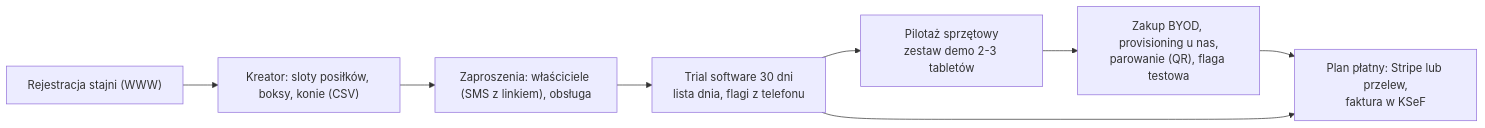
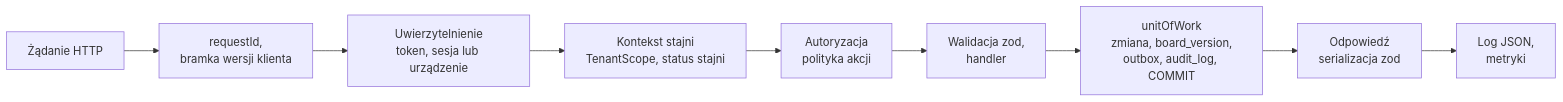
Before and after one commit to ClewlerStudent/KonskaAppka: the third of 12 diagrams in docs/analiza.md, drawn with Mermaid. The commit also changed other lines of this file, not shown here.

````diff
--- a/docs/analiza.md
+++ b/docs/analiza.md
@@ -531,10 +430,11 @@
 ```mermaid
 flowchart LR
-    A["Rejestracja stajni (WWW)"] --> B["Kreator: sloty posiłków, boksy, konie (CSV)"]
-    B --> C["Zaproszenia: właściciele (SMS z linkiem), obsługa"]
-    C --> D["Trial software 30 dni<br/>lista dnia, flagi z telefonu"]
-    D --> E["Pilotaż sprzętowy<br/>zestaw demo 2-3 tabletów"]
-    E --> F["Zakup BYOD, provisioning u nas,<br/>parowanie (QR), flaga testowa"]
-    F --> G["Plan płatny: Stripe lub przelew,<br/>faktura w KSeF"]
-    D --> G
+    A["Żądanie HTTP"] --> B["requestId,<br/>bramka wersji klienta"]
+    B --> C["Uwierzytelnienie<br/>token, sesja lub urządzenie"]
+    C --> D["Kontekst stajni<br/>TenantScope, status stajni"]
+    D --> E["Autoryzacja<br/>polityka akcji"]
+    E --> F["Walidacja zod,<br/>handler"]
+    F --> G["unitOfWork<br/>zmiana, board_version,<br/>outbox, audit_log, COMMIT"]
+    G --> H["Odpowiedź<br/>serializacja zod"]
+    H --> I["Log JSON,<br/>metryki"]
 ```
````
